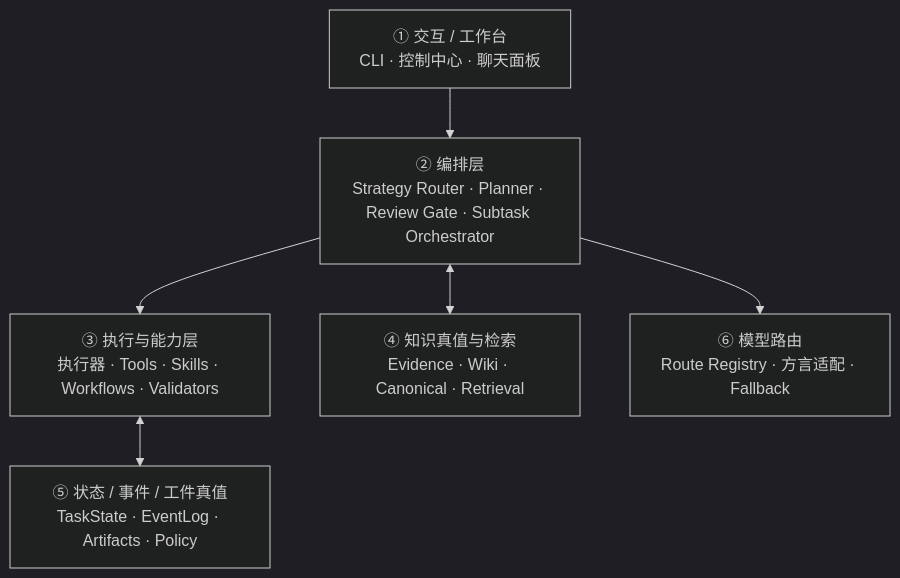
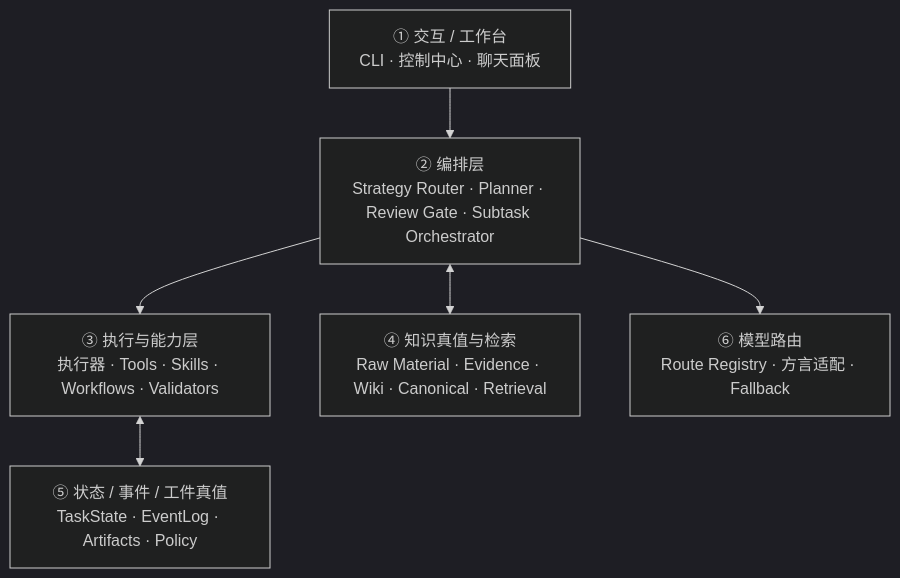
One commit to RocioGinsberg/swallow changed the second of 2 diagrams in README.md. Above: the diagram before and after it, drawn with Mermaid (dark theme). The commit also changed other lines of this file and 4 other files, not shown here.

````diff
--- a/README.md
+++ b/README.md
@@ -218,15 +220,15 @@
 ```mermaid
 graph TD
     UI["① 交互 / 工作台<br/>CLI · 控制中心 · 聊天面板"]
     ORCH["② 编排层<br/>Strategy Router · Planner · Review Gate · Subtask Orchestrator"]
     EXEC["③ 执行与能力层<br/>执行器 · Tools · Skills · Workflows · Validators"]
-    KNOW["④ 知识真值与检索<br/>Evidence · Wiki · Canonical · Retrieval"]
+    KNOW["④ 知识真值与检索<br/>Raw Material · Evidence · Wiki · Canonical · Retrieval"]
     STATE["⑤ 状态 / 事件 / 工件真值<br/>TaskState · EventLog · Artifacts · Policy"]
     PROVIDER["⑥ 模型路由<br/>Route Registry · 方言适配 · Fallback"]
 
     UI --> ORCH
     ORCH --> EXEC
     ORCH <--> KNOW
     EXEC <--> STATE
     ORCH --> PROVIDER
 ```
````
